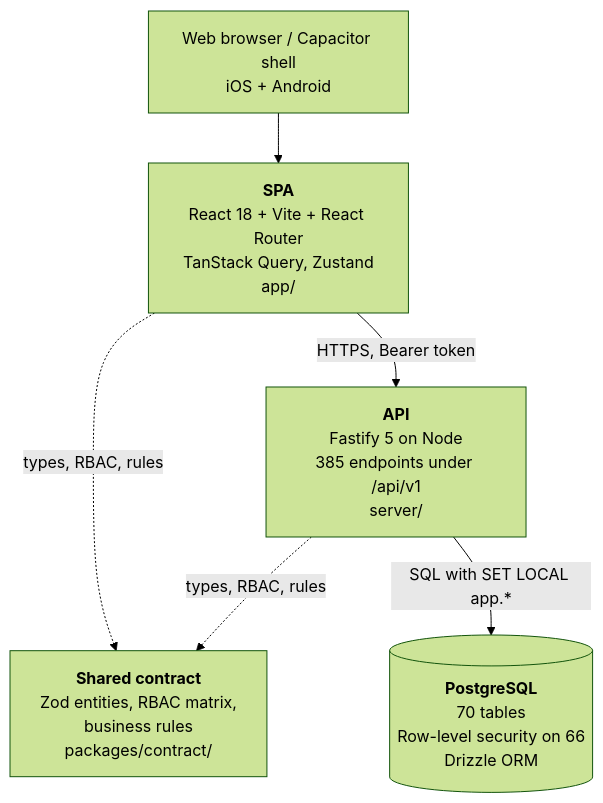
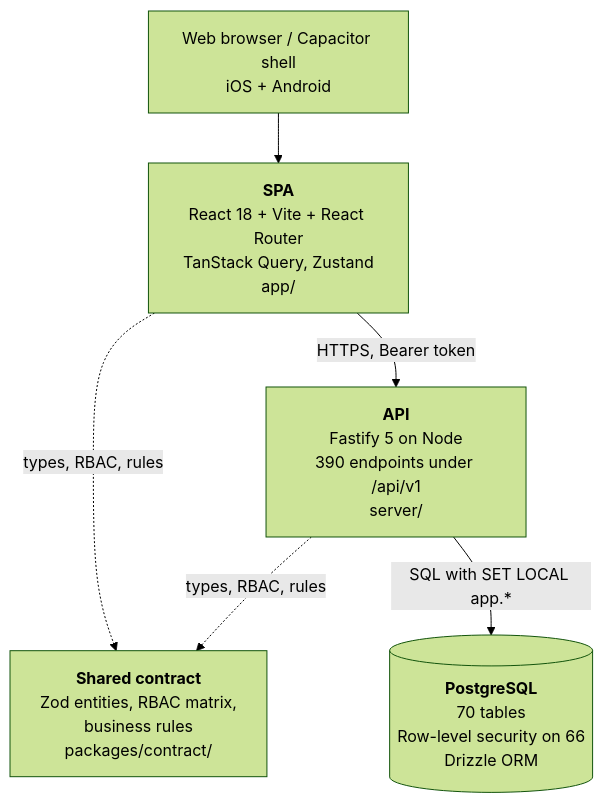
One commit to tazamohd/SlClNe changed the second of 4 diagrams in docs/15_C4_ARCHITECTURE_DIAGRAMS/C4_MODEL.md. Above: the diagram before and after it, drawn with Mermaid (forest theme). The commit also changed other lines of this file and 32 other files, not shown here.

````diff
--- a/docs/15_C4_ARCHITECTURE_DIAGRAMS/C4_MODEL.md
+++ b/docs/15_C4_ARCHITECTURE_DIAGRAMS/C4_MODEL.md
@@ -42,13 +42,13 @@
 ```mermaid
 flowchart TB
   browser["Web browser / Capacitor shell<br/>iOS + Android"]
   spa["<b>SPA</b><br/>React 18 + Vite + React Router<br/>TanStack Query, Zustand<br/>app/"]
-  api["<b>API</b><br/>Fastify 5 on Node<br/>385 endpoints under /api/v1<br/>server/"]
+  api["<b>API</b><br/>Fastify 5 on Node<br/>390 endpoints under /api/v1<br/>server/"]
   contract["<b>Shared contract</b><br/>Zod entities, RBAC matrix,<br/>business rules<br/>packages/contract/"]
   db[("<b>PostgreSQL</b><br/>70 tables<br/>Row-level security on 66<br/>Drizzle ORM")]
   browser --> spa
   spa -->|"HTTPS, Bearer token"| api
   spa -.->|"types, RBAC, rules"| contract
   api -.->|"types, RBAC, rules"| contract
   api -->|"SQL with SET LOCAL app.*"| db
 ```
````
